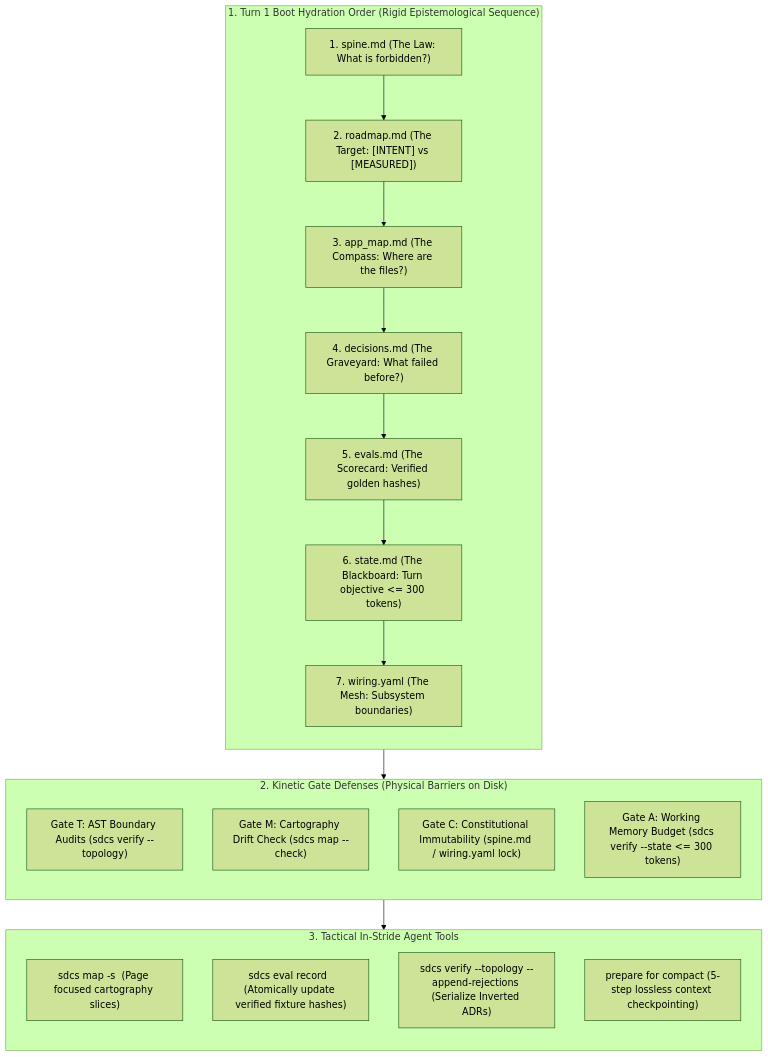
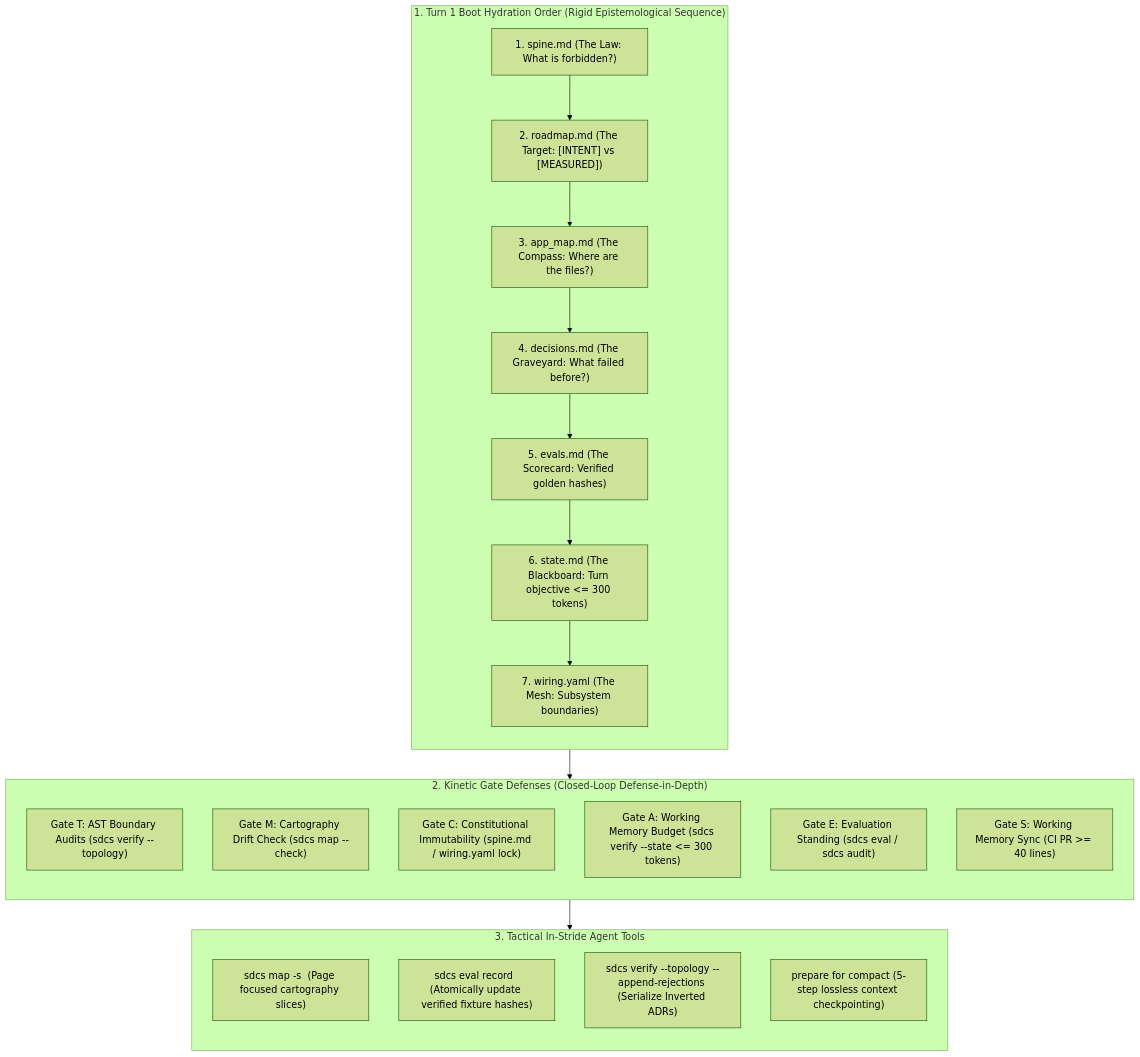
Before and after one commit to adamm285-dev/Spec-Driven-Cognitive-Scaffolding-SDCS: the second of 2 diagrams in README.md, drawn with Mermaid (forest theme). The commit also changed other lines of this file and 6 other files, not shown here.

Commit message:
docs: integrate 6-gate defense-in-depth matrix and slide 10 into README

````diff
--- a/README.md
+++ b/README.md
@@ -233,31 +234,33 @@
 ```mermaid
 flowchart TD
     subgraph BOOT ["1. Turn 1 Boot Hydration Order (Rigid Epistemological Sequence)"]
         direction TB
         B1["1. spine.md (The Law: What is forbidden?)"] --> B2["2. roadmap.md (The Target: [INTENT] vs [MEASURED])"]
         B2 --> B3["3. app_map.md (The Compass: Where are the files?)"]
         B3 --> B4["4. decisions.md (The Graveyard: What failed before?)"]
         B4 --> B5["5. evals.md (The Scorecard: Verified golden hashes)"]
         B5 --> B6["6. state.md (The Blackboard: Turn objective <= 300 tokens)"]
         B6 --> B7["7. wiring.yaml (The Mesh: Subsystem boundaries)"]
     end
 
-    subgraph KINETIC ["2. Kinetic Gate Defenses (Physical Barriers on Disk)"]
+    subgraph KINETIC ["2. Kinetic Gate Defenses (Closed-Loop Defense-in-Depth)"]
         direction TB
         GT["Gate T: AST Boundary Audits (sdcs verify --topology)"]
         GM["Gate M: Cartography Drift Check (sdcs map --check)"]
         GC["Gate C: Constitutional Immutability (spine.md / wiring.yaml lock)"]
         GA["Gate A: Working Memory Budget (sdcs verify --state <= 300 tokens)"]
+        GE["Gate E: Evaluation Standing (sdcs eval / sdcs audit)"]
+        GS["Gate S: Working Memory Sync (CI PR >= 40 lines)"]
     end
 
     subgraph TACTICAL ["3. Tactical In-Stride Agent Tools"]
         direction TB
         MAP["sdcs map -s <subsystem> (Page focused cartography slices)"]
         EVAL["sdcs eval record <ID> (Atomically update verified fixture hashes)"]
         REJ["sdcs verify --topology --append-rejections (Serialize Inverted ADRs)"]
         COMPACT["prepare for compact (5-step lossless context checkpointing)"]
     end
 
     BOOT --> KINETIC
     KINETIC --> TACTICAL
 ```
````
